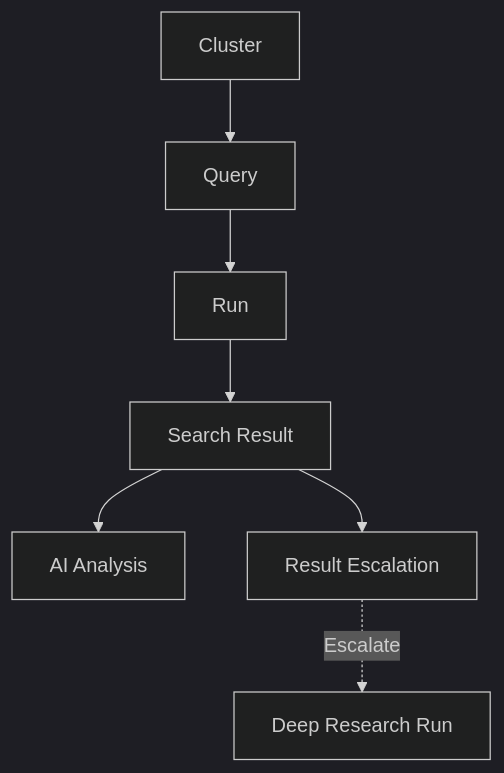
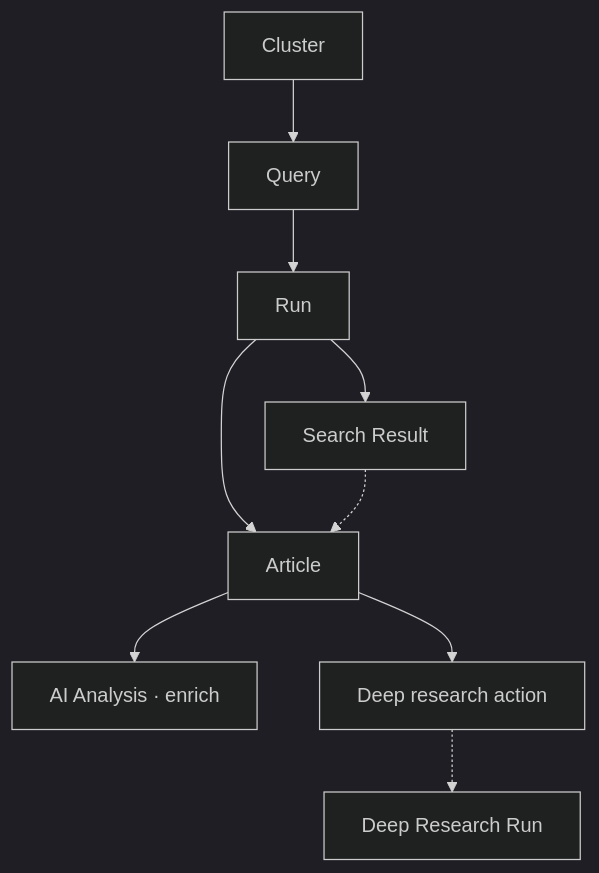
The third of 6 diagrams in docs/phase-1/P1-03.md (Growth-Maschine/NORAD-INTEL-ENGINE-V1), drawn with Mermaid (dark theme) before and after one commit. The commit also changed other lines of this file and 12 other files, not shown here.

Commit message:
docs(phase-1): align P1-00 through P1-06 with current single-app build Update workflows, objects, fields, screens, and backend actions to match Web Discovery enrich, Deep research, and retired Today page features.

````diff
--- a/docs/phase-1/P1-03.md
+++ b/docs/phase-1/P1-03.md
@@ -211,16 +186,19 @@
 ```mermaid
 flowchart TD
     CL[Cluster]
     Q[Query]
     RUN[Run]
     SR[Search Result]
-    AI[AI Analysis]
-    ESC[Result Escalation]
+    ART[Article]
+    AI[AI Analysis · enrich]
+    DR[Deep research action]
 
     CL --> Q
     Q --> RUN
     RUN --> SR
-    SR --> AI
-    SR --> ESC
-    ESC -.->|Escalate| DRR[Deep Research Run]
+    RUN --> ART
+    SR -.-> ART
+    ART --> AI
+    ART --> DR
+    DR -.-> DRR[Deep Research Run]
 ```
````
